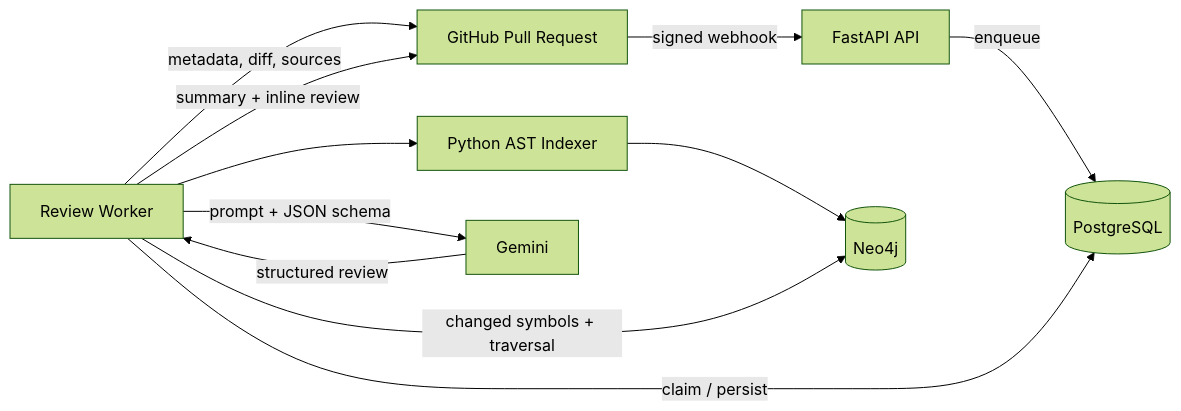
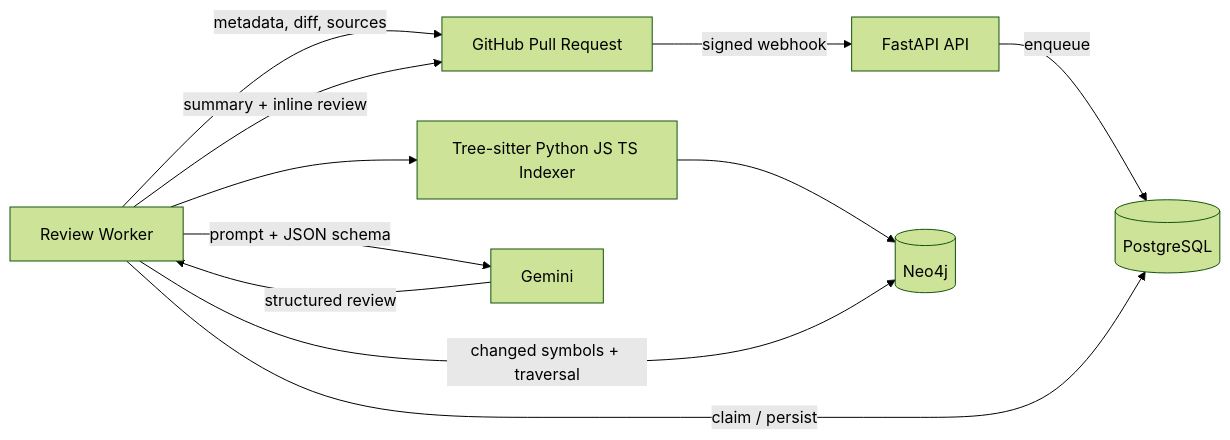
The first of 2 diagrams in docs/01-arsitektur-high-level.md (Doffannoel/CodeReview), drawn with Mermaid (forest theme) before and after one commit. The commit also changed other lines of this file and 35 other files, not shown here.

````diff
--- a/docs/01-arsitektur-high-level.md
+++ b/docs/01-arsitektur-high-level.md
@@ -9,13 +9,13 @@
 ```mermaid
 flowchart LR
     GH[GitHub Pull Request] -->|signed webhook| API[FastAPI API]
     API -->|enqueue| PG[(PostgreSQL)]
     WK[Review Worker] -->|claim / persist| PG
     WK -->|metadata, diff, sources| GH
-    WK --> IDX[Python AST Indexer]
+    WK --> IDX[Tree-sitter Python JS TS Indexer]
     IDX --> NEO[(Neo4j)]
     WK -->|changed symbols + traversal| NEO
     WK -->|prompt + JSON schema| GEM[Gemini]
     GEM -->|structured review| WK
     WK -->|summary + inline review| GH
 ```
````
